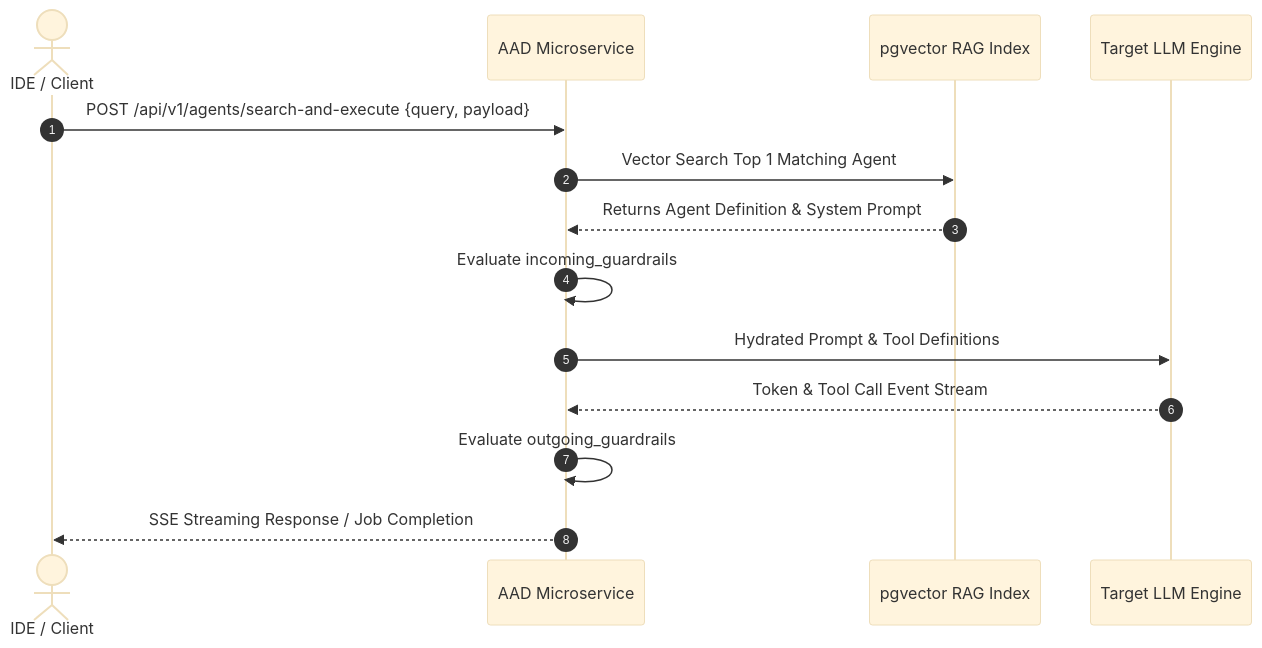
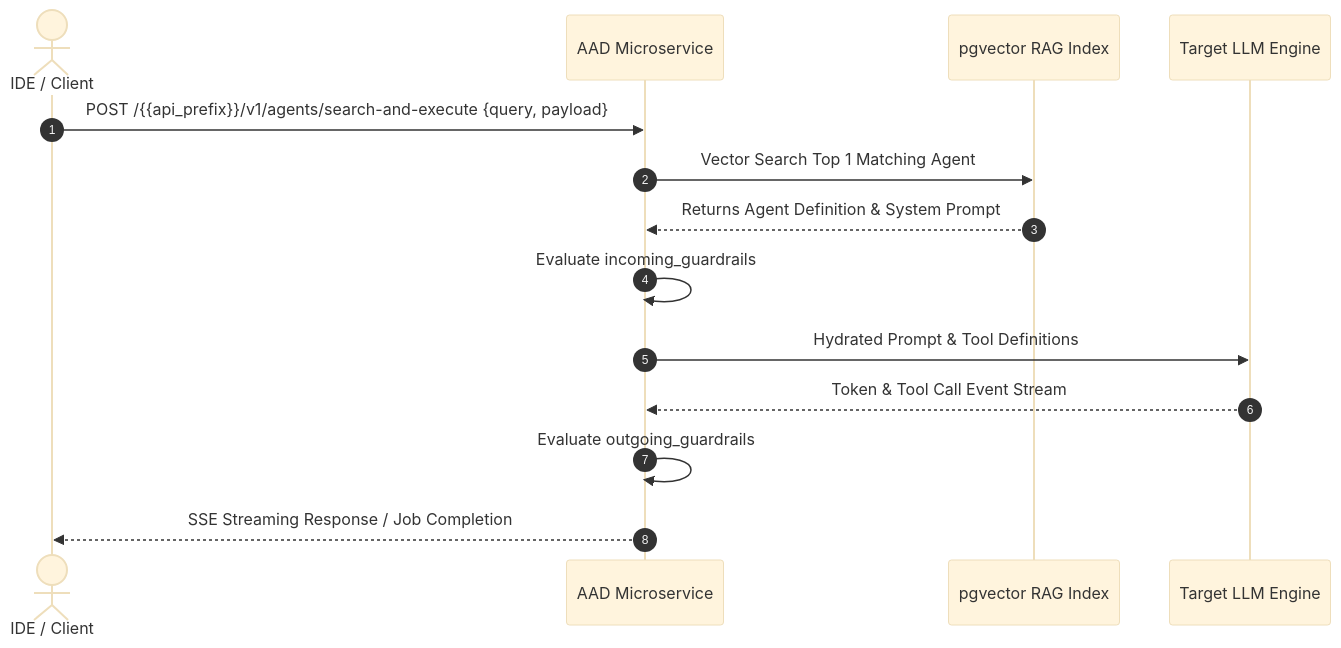
The diagram in spec/prds/agent-registry-execution-prd.md (PolecatWorks/agent-as-data), drawn with Mermaid (base theme) before and after one commit. The commit also changed other lines of this file and 9 other files, not shown here.

First line of the commit message:
feat: Add customizable api prefix

````diff
--- a/spec/prds/agent-registry-execution-prd.md
+++ b/spec/prds/agent-registry-execution-prd.md
@@ -155,17 +155,17 @@
 ```mermaid
 sequenceDiagram
     autonumber
     actor Client as IDE / Client
     participant AAD as AAD Microservice
     participant RAG as pgvector RAG Index
     participant LLM as Target LLM Engine
 
-    Client->>AAD: POST /api/v1/agents/search-and-execute {query, payload}
+    Client->>AAD: POST /{{api_prefix}}/v1/agents/search-and-execute {query, payload}
     AAD->>RAG: Vector Search Top 1 Matching Agent
     RAG-->>AAD: Returns Agent Definition & System Prompt
     AAD->>AAD: Evaluate incoming_guardrails
     AAD->>LLM: Hydrated Prompt & Tool Definitions
     LLM-->>AAD: Token & Tool Call Event Stream
     AAD->>AAD: Evaluate outgoing_guardrails
     AAD-->>Client: SSE Streaming Response / Job Completion
 ```
````
